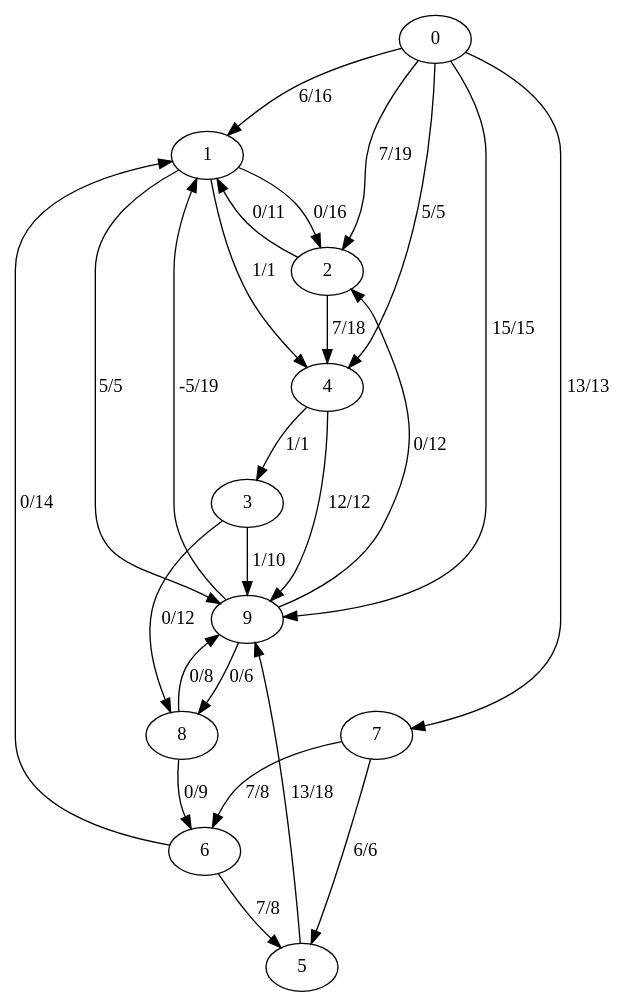
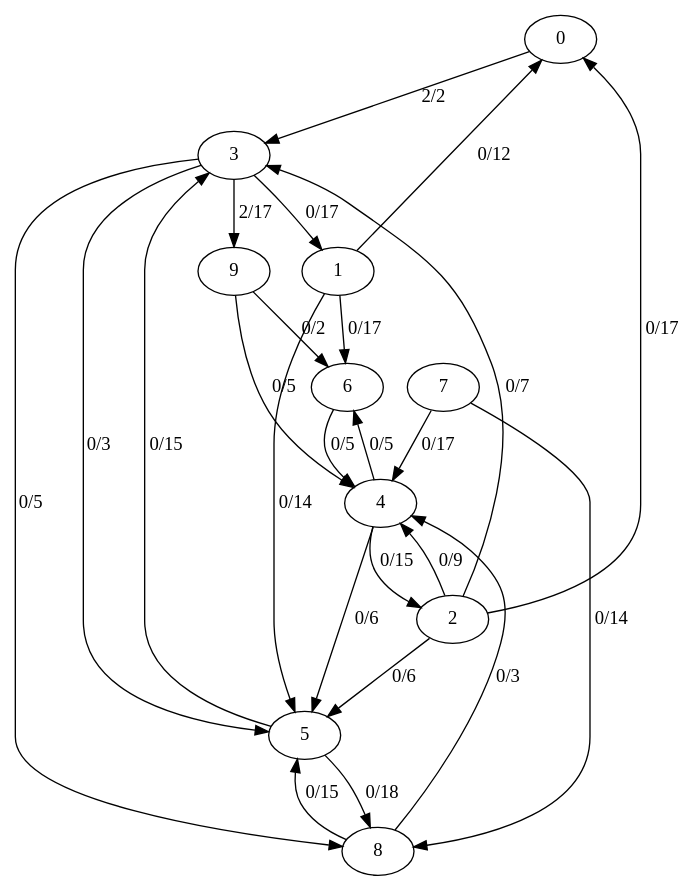
Before and after one commit to M-ang-O/Coursework: the diagram in graph1.dot, drawn with Graphviz. The commit also changed 119 other files, not shown here.

```diff
--- a/graph1.dot
+++ b/graph1.dot
@@ -1,26 +1,26 @@
 digraph FlowNetwork {
-    0 -> 1 [label="6/16"];
-    0 -> 2 [label="7/19"];
-    0 -> 4 [label="5/5"];
-    0 -> 7 [label="13/13"];
-    0 -> 9 [label="15/15"];
-    1 -> 2 [label="0/16"];
-    1 -> 4 [label="1/1"];
-    1 -> 9 [label="5/5"];
-    2 -> 1 [label="0/11"];
-    2 -> 4 [label="7/18"];
-    3 -> 8 [label="0/12"];
-    3 -> 9 [label="1/10"];
-    4 -> 3 [label="1/1"];
-    4 -> 9 [label="12/12"];
-    5 -> 9 [label="13/18"];
-    6 -> 1 [label="0/14"];
-    6 -> 5 [label="7/8"];
-    7 -> 5 [label="6/6"];
-    7 -> 6 [label="7/8"];
-    8 -> 6 [label="0/9"];
-    8 -> 9 [label="0/8"];
-    9 -> 1 [label="-5/19"];
-    9 -> 2 [label="0/12"];
-    9 -> 8 [label="0/6"];
+    0 -> 3 [label="2/2"];
+    1 -> 0 [label="0/12"];
+    1 -> 5 [label="0/14"];
+    1 -> 6 [label="0/17"];
+    2 -> 0 [label="0/17"];
+    2 -> 3 [label="0/7"];
+    2 -> 4 [label="0/9"];
+    2 -> 5 [label="0/6"];
+    3 -> 1 [label="0/17"];
+    3 -> 5 [label="0/3"];
+    3 -> 8 [label="0/5"];
+    3 -> 9 [label="2/17"];
+    4 -> 2 [label="0/15"];
+    4 -> 5 [label="0/6"];
+    4 -> 6 [label="0/5"];
+    5 -> 3 [label="0/15"];
+    5 -> 8 [label="0/18"];
+    6 -> 4 [label="0/5"];
+    7 -> 4 [label="0/17"];
+    7 -> 8 [label="0/14"];
+    8 -> 4 [label="0/3"];
+    8 -> 5 [label="0/15"];
+    9 -> 4 [label="0/5"];
+    9 -> 6 [label="0/2"];
 }
```
